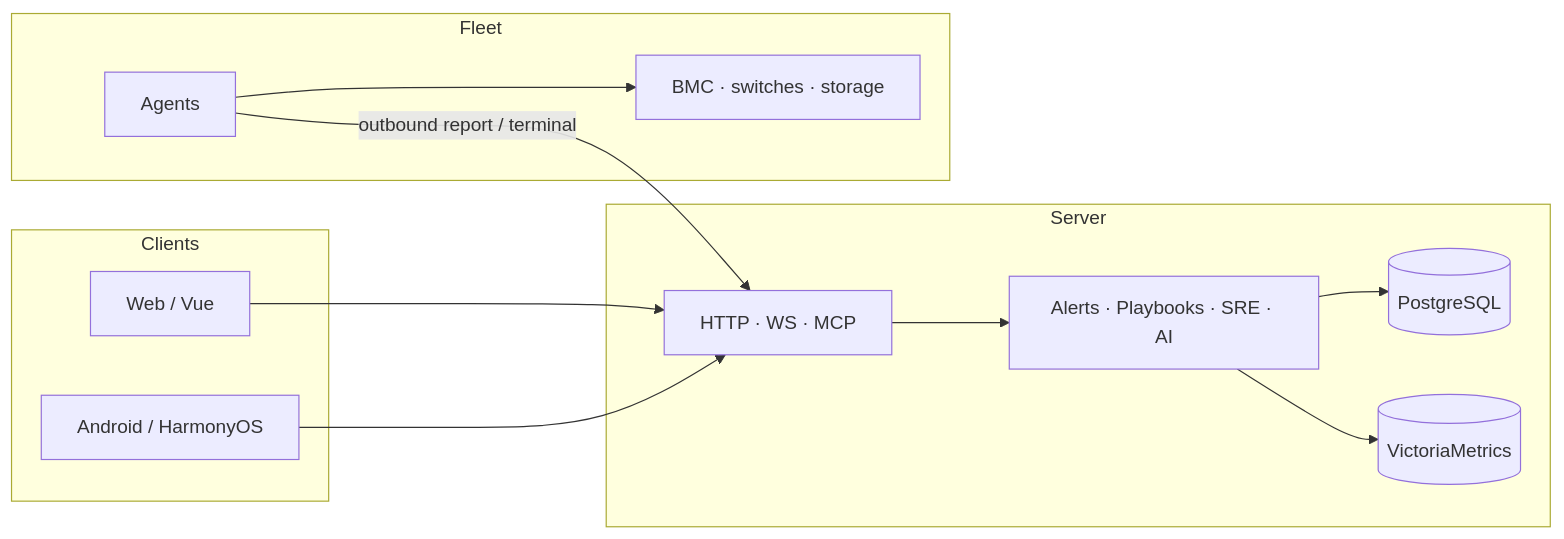
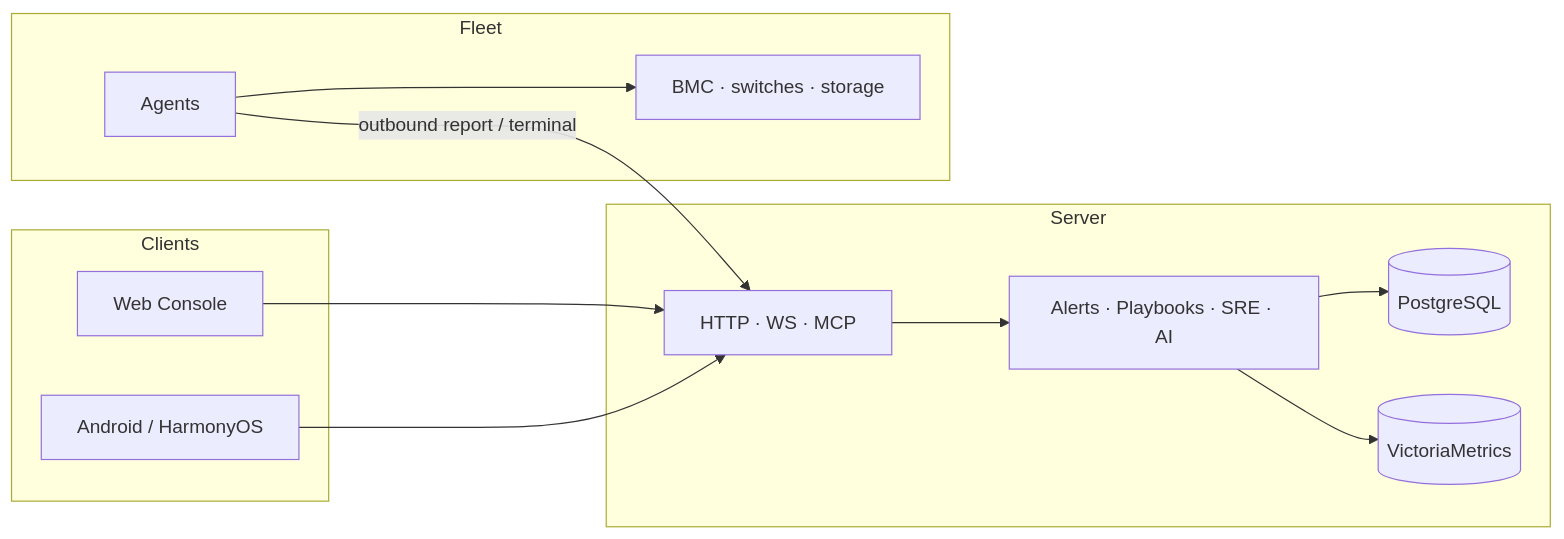
The diagram in README.de.md (sreyun/aiops-monitor), drawn with Mermaid before and after one commit. The commit also changed other lines of this file and 37 other files, not shown here.

````diff
--- a/README.de.md
+++ b/README.de.md
@@ -88,24 +88,24 @@
 ```mermaid
 flowchart LR
   subgraph Clients
-    Web[Web / Vue]
+    Web[Web Console]
     Mob[Android / HarmonyOS]
   end
   subgraph Server
     API[HTTP · WS · MCP]
     Core[Alerts · Playbooks · SRE · AI]
     PG[(PostgreSQL)]
     VM[(VictoriaMetrics)]
   end
   subgraph Fleet
     Ag[Agents]
     Ext[BMC · switches · storage]
   end
   Web --> API
   Mob --> API
   API --> Core
   Core --> PG
   Core --> VM
   Ag -->|outbound report / terminal| API
   Ag --> Ext
 ```
````
